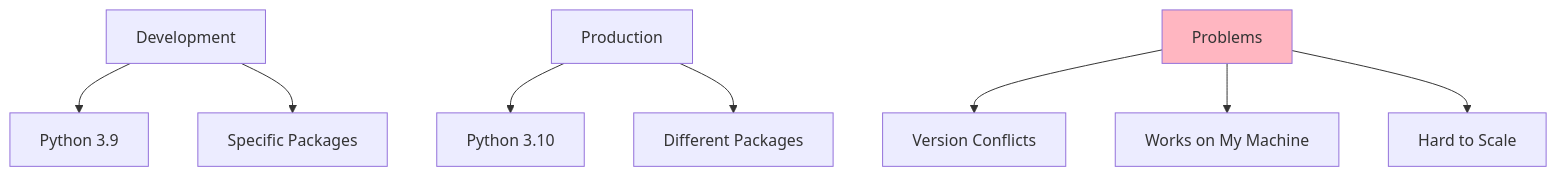
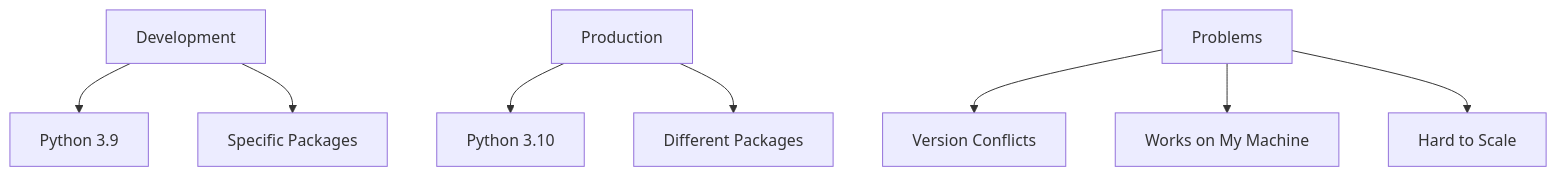
One commit to 4gh0rn/dev-blog changed the second of 4 diagrams in docs/projects/baby-tools-shop.md. Above: the diagram before and after it, drawn with Mermaid. The commit also changed other lines of this file and 17 other files, not shown here.

````diff
--- a/docs/projects/baby-tools-shop.md
+++ b/docs/projects/baby-tools-shop.md
@@ -84,14 +81,12 @@
 ```mermaid
 graph TB
     A[Development] --> A1[Python 3.9]
     A --> A2[Specific Packages]
     
     B[Production] --> B1[Python 3.10]
     B --> B2[Different Packages]
     
     C[Problems] --> C1[Version Conflicts]
     C --> C2[Works on My Machine]
     C --> C3[Hard to Scale]
-    
-    style C fill:#FFB6C1
 ```
````
